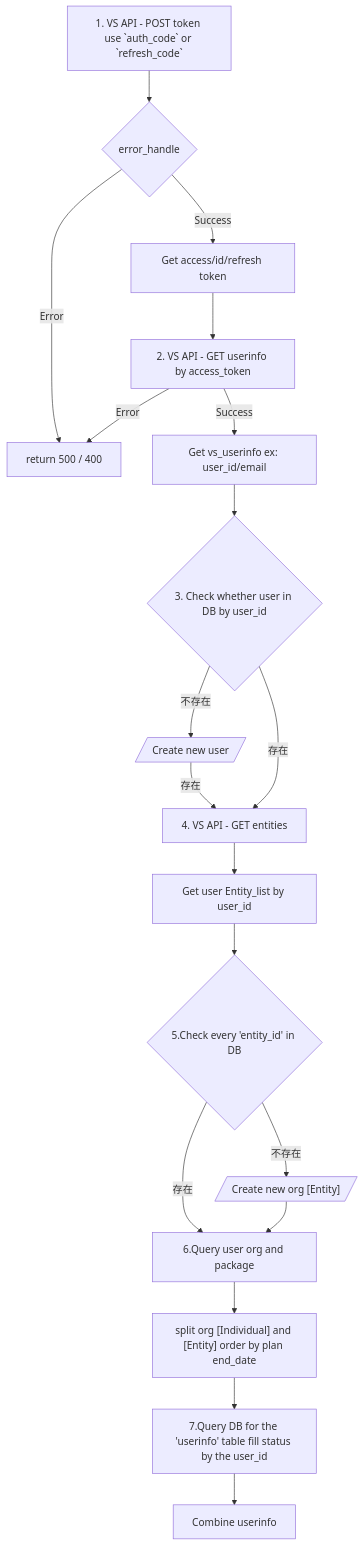
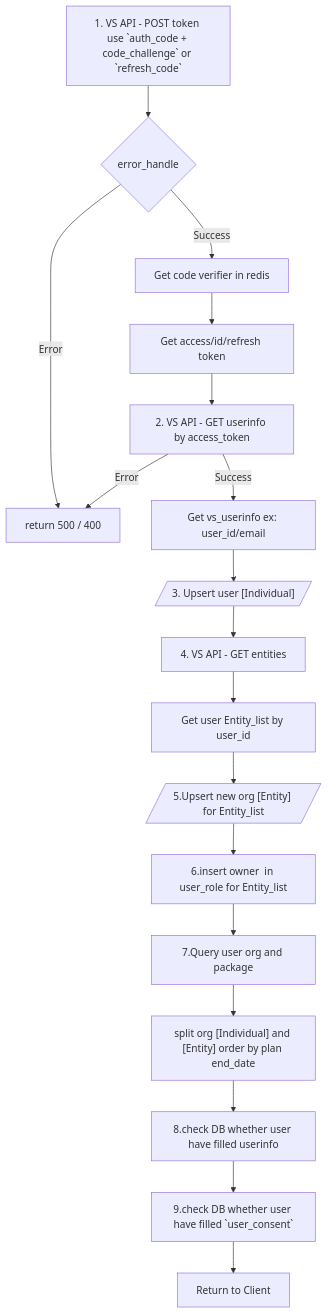
Before and after one commit to claire0613/ocelot_docs: the first of 3 diagrams in vs_account.md, drawn with Mermaid. The commit also changed other lines of this file and 1 other file, not shown here.

````diff
--- a/vs_account.md
+++ b/vs_account.md
@@ -3,25 +3,24 @@
 ```mermaid
 
 graph TD
-    A[1. VS API - POST token use `auth_code` or `refresh_code`] --> B{error_handle}
-    B -->|Error| C["return /400500"]
-    B -->|Success| D[Get access/id/refresh token]
+    A[1. VS API - POST token use `auth_code + code_challenge` or `refresh_code`] --> B{error_handle}
+    B -->|Error| C["return 500 / 400"]
+    B -->|Success| Z[Get code verifier in redis]
+    Z--> D[Get access/id/refresh token]
     D --> F[2. VS API - GET userinfo by access_token]
     F -->|Error| C[return 500 / 400]
     F -->|Success| G[Get vs_userinfo ex: user_id/email]
-    G --> H{3. Check whether user in DB by user_id}
-    H -->|不存在|I[/"Create new user "/]
-    I -->|存在|J[4. VS API - GET entities]
-    H -->|存在|J
+    G --> H[/"3. Upsert user [Individual] "/]
+    H -->J[4. VS API - GET entities]
     J --> U[Get user Entity_list by user_id]
-    U --> L{"5.Check every 'entity_id' in DB "}
-    L -->|不存在|P[/"Create new org [Entity]"/]
-    L -->|存在|K
-    P -->  K[6.Query user org and package]
+    U --> L[/"5.Upsert new org [Entity]" for Entity_list/]
+    L --> Q["6.insert owner  in user_role for Entity_list"]
+    Q -->  K[7.Query user org and package]
     K-->  M["split org [Individual] and [Entity] order by plan end_date"]
-    M --> N[7.Query DB for the 'userinfo' table fill status by the user_id]
-    N --> O[Combine userinfo]
+    M --> N[8.check DB whether user have filled userinfo ]
+    N --> R[9.check DB whether user have filled `user_consent`]
+    R --> O[Return to Client]
 
 
 
 ```
````
